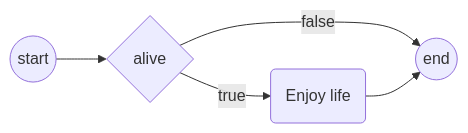
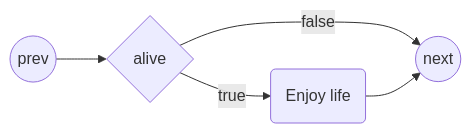
One commit to ufidon/c changed the second of 4 diagrams in mod3/algo.md. Above: the diagram before and after it, drawn with Mermaid. The commit also changed other lines of this file and 3 other files, not shown here.

````diff
--- a/mod3/algo.md
+++ b/mod3/algo.md
@@ -59,8 +59,8 @@
 ```mermaid
 flowchart LR
-  s((start)) --> a{alive}
+  s((prev)) --> a{alive}
   a-->|true|L(Enjoy life)
   a-->|false|e
   L-->e
-  e((end))
+  e((next))
 ```
````
